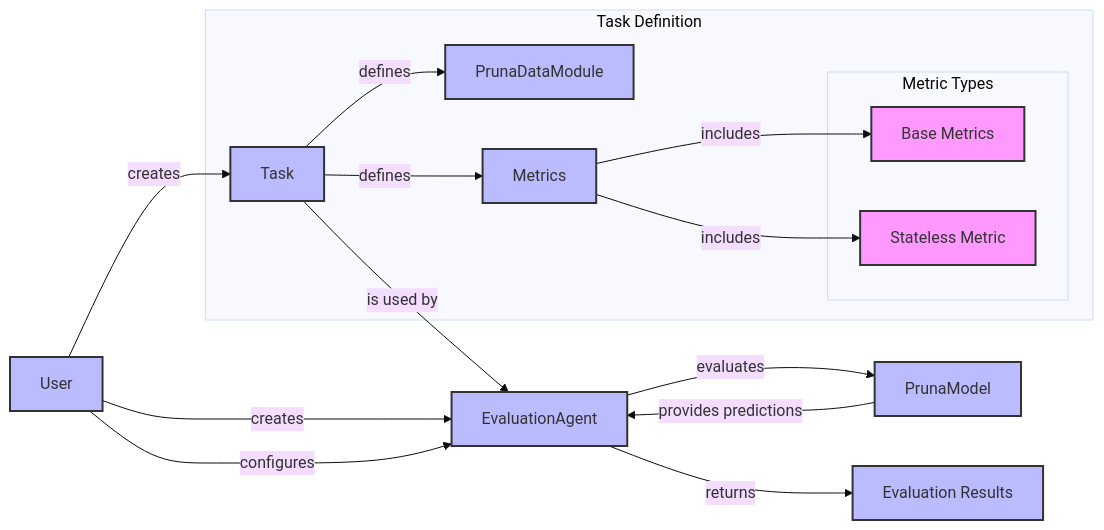
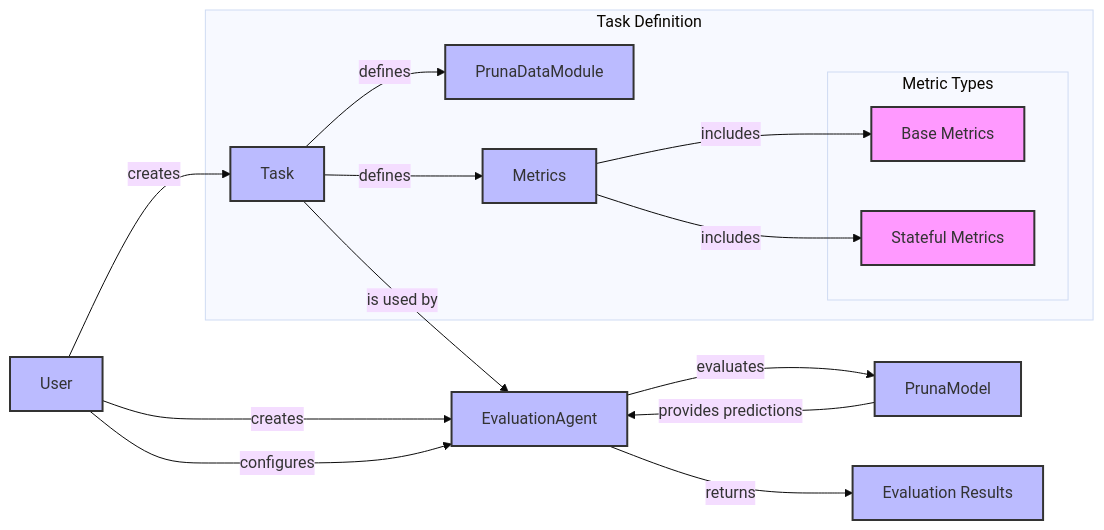
Before and after one commit to Supakornn/pruna: the second of 2 diagrams in docs/user_manual/evaluate.rst, drawn with Mermaid (base theme). The commit also changed other lines of this file and 2 other files, not shown here.

```diff
--- a/docs/user_manual/evaluate.rst
+++ b/docs/user_manual/evaluate.rst
@@ -16,37 +46,37 @@
 .. mermaid::
    :align: center
 
-   graph LR
+   flowchart LR
     User -->|creates| Task
     User -->|creates| EvaluationAgent
     Task -->|defines| PrunaDataModule
     Task -->|defines| Metrics
     Task -->|is used by| EvaluationAgent
     Metrics -->|includes| B["Base Metrics"]
-    Metrics -->|includes| C["Stateless Metric"]
+    Metrics -->|includes| C["Stateful Metrics"]
     PrunaModel -->|provides predictions| EvaluationAgent
     EvaluationAgent -->|evaluates| PrunaModel
     EvaluationAgent -->|returns| D["Evaluation Results"]
     User -->|configures| EvaluationAgent
 
     subgraph A["Metric Types"]
         B
         C
     end
 
     subgraph E["Task Definition"]
         Task
         PrunaDataModule
         Metrics
         A
     end
 
     style User fill:#bbf,stroke:#333,stroke-width:2px
     style Task fill:#bbf,stroke:#333,stroke-width:2px
     style EvaluationAgent fill:#bbf,stroke:#333,stroke-width:2px
     style PrunaDataModule fill:#bbf,stroke:#333,stroke-width:2px
     style PrunaModel fill:#bbf,stroke:#333,stroke-width:2px
     style D fill:#bbf,stroke:#333,stroke-width:2px
     style Metrics fill:#bbf,stroke:#333,stroke-width:2px
     style B fill:#f9f,stroke:#333,stroke-width:2px
     style C fill:#f9f,stroke:#333,stroke-width:2px
```
